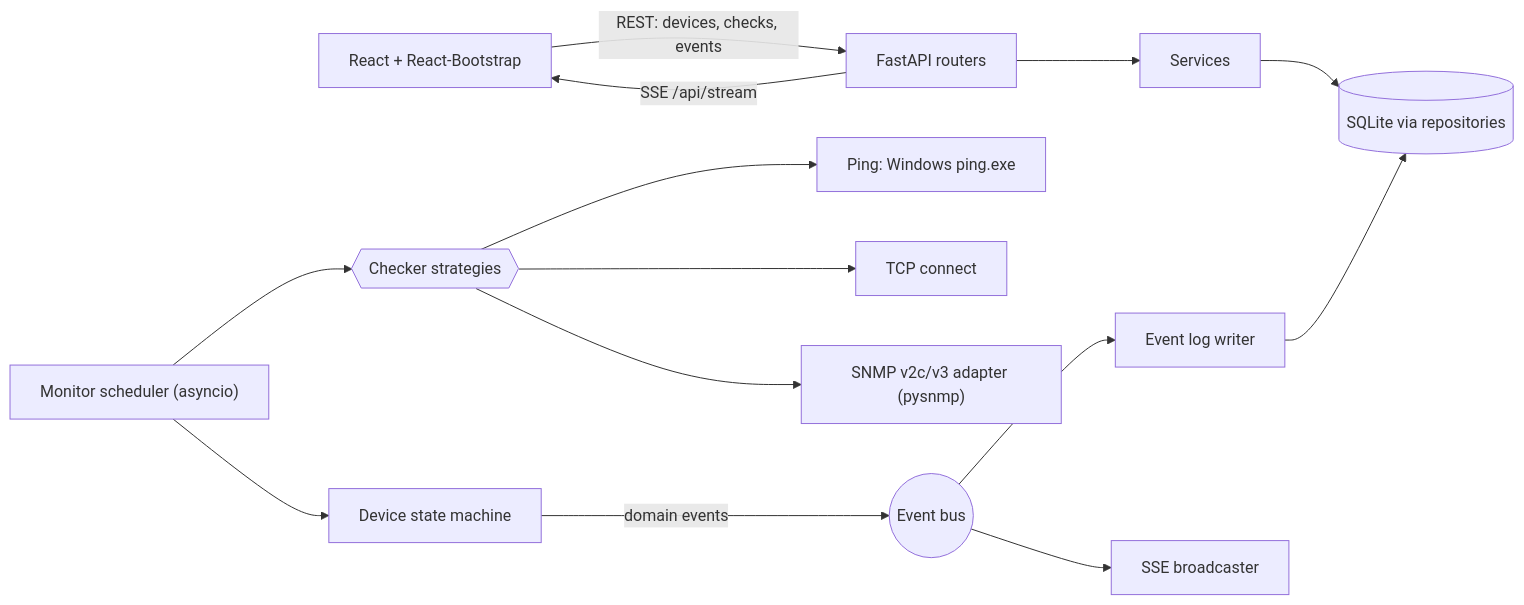
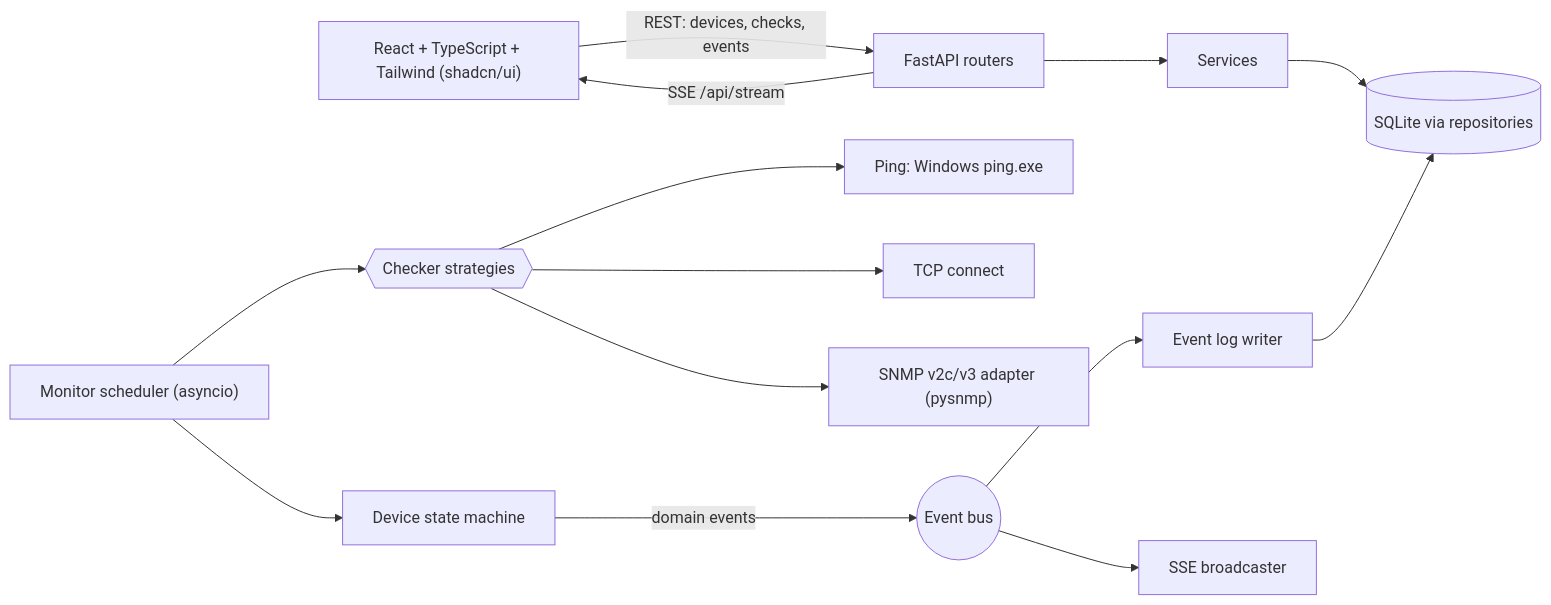
One commit to bajundotdev/netpulse changed the diagram in README.md. Above: the diagram before and after it, drawn with Mermaid. The commit also changed other lines of this file and 4 other files, not shown here.

Commit message:
chore: complete the TypeScript and Tailwind migration

````diff
--- a/README.md
+++ b/README.md
@@ -38,16 +38,16 @@
 ```mermaid
 flowchart LR
-  UI["React + React-Bootstrap"] -- "REST: devices, checks, events" --> API["FastAPI routers"]
+  UI["React + TypeScript + Tailwind (shadcn/ui)"] -- "REST: devices, checks, events" --> API["FastAPI routers"]
   API -- "SSE /api/stream" --> UI
   API --> SVC["Services"]
   SVC --> REPO[("SQLite via repositories")]
   SCHED["Monitor scheduler (asyncio)"] --> CHK{{"Checker strategies"}}
   CHK --> PING["Ping: Windows ping.exe"]
   CHK --> TCP["TCP connect"]
   CHK --> SNMP["SNMP v2c/v3 adapter (pysnmp)"]
   SCHED --> SM["Device state machine"]
   SM -- "domain events" --> BUS(("Event bus"))
   BUS --> LOG["Event log writer"]
   BUS --> PUSH["SSE broadcaster"]
   LOG --> REPO
 ```
````
